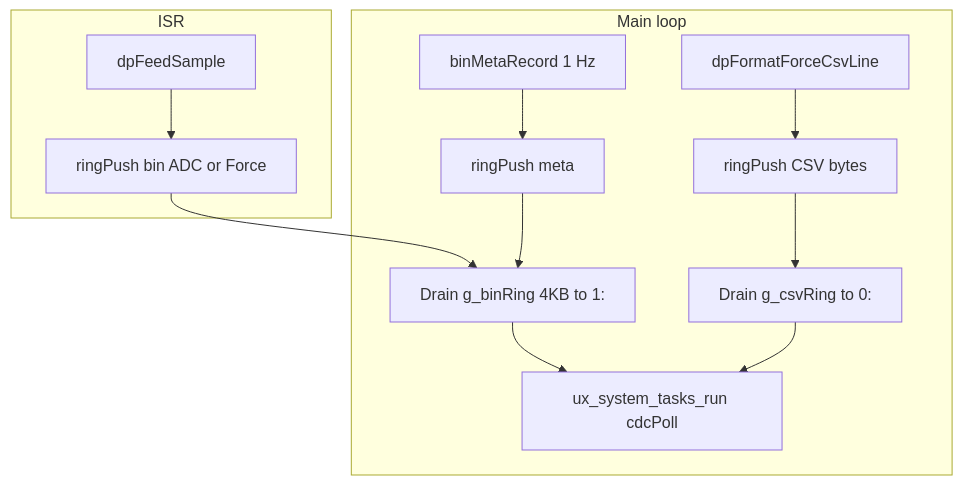
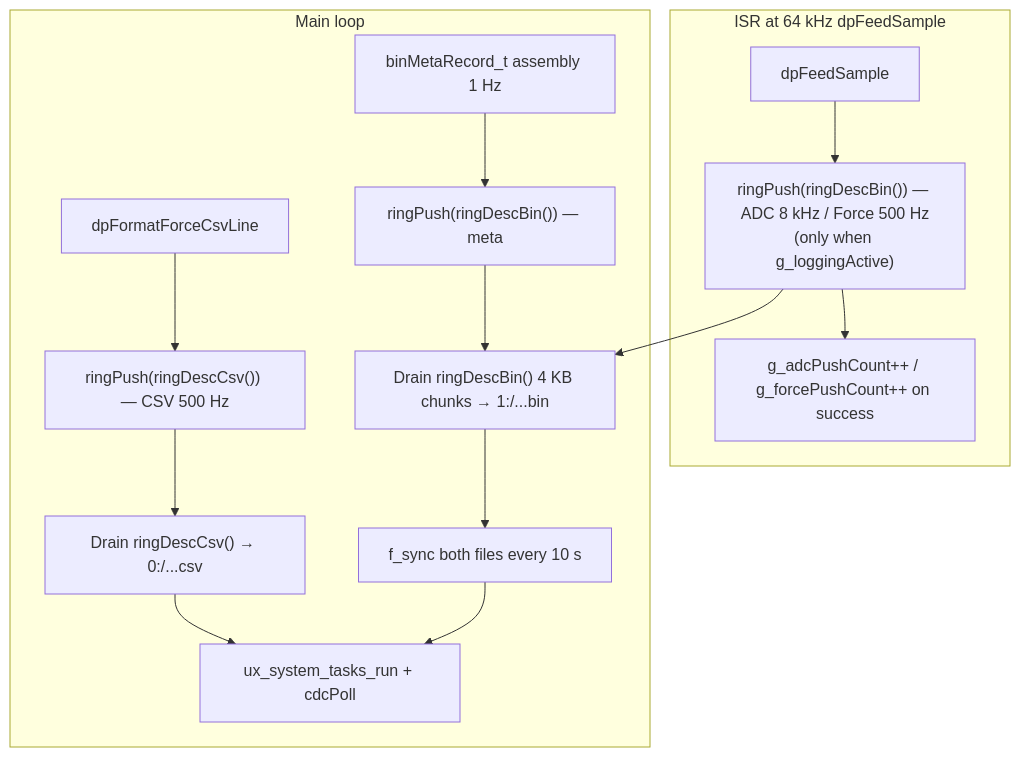
Before and after one commit to madhunm/Loadcell_Datalogger: the diagram in .cursor/plans/phase_11_dual_logging_d18ee730.plan.md, drawn with Mermaid. The commit also changed other lines of this file and 44 other files, not shown here.

````diff
--- a/.cursor/plans/phase_11_dual_logging_d18ee730.plan.md
+++ b/.cursor/plans/phase_11_dual_logging_d18ee730.plan.md
@@ -60,24 +60,26 @@
 ```mermaid
 flowchart TB
-    subgraph isr [ISR]
+    subgraph isr [ISR at 64 kHz dpFeedSample]
         dp[dpFeedSample]
-        rp1[ringPush bin ADC or Force]
+        rp1["ringPush(ringDescBin()) — ADC 8 kHz / Force 500 Hz\n(only when g_loggingActive)"]
+        cnt["g_adcPushCount++ / g_forcePushCount++ on success"]
     end
     subgraph mainloop [Main loop]
         fmt[dpFormatForceCsvLine]
-        rp2[ringPush CSV bytes]
-        meta[binMetaRecord 1 Hz]
-        rp3[ringPush meta]
-        flushB[Drain g_binRing 4KB to 1:]
-        flushC[Drain g_csvRing to 0:]
-        usb[ux_system_tasks_run cdcPoll]
+        rp2["ringPush(ringDescCsv()) — CSV 500 Hz"]
+        meta[binMetaRecord_t assembly 1 Hz]
+        rp3["ringPush(ringDescBin()) — meta"]
+        flushB["Drain ringDescBin() 4 KB chunks → 1:/...bin"]
+        flushC["Drain ringDescCsv() → 0:/...csv"]
+        sync[f_sync both files every 10 s]
+        usb[ux_system_tasks_run + cdcPoll]
     end
-    dp --> rp1
+    dp --> rp1 --> cnt
     fmt --> rp2
     meta --> rp3
     rp1 --> flushB
     rp3 --> flushB
     rp2 --> flushC
-    flushB --> usb
+    flushB --> sync --> usb
     flushC --> usb
 ```
````
